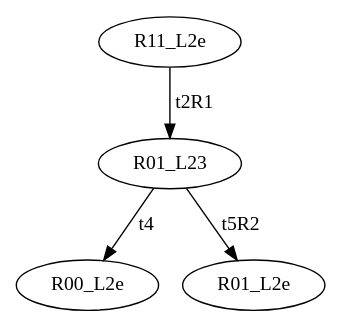
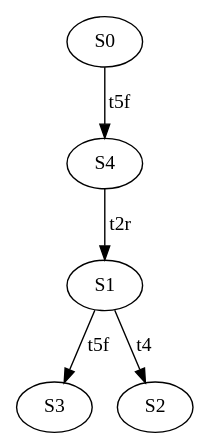
Before and after one commit to Stefano-BS/Explanatory-Diagnosis: the diagram in debug/6_SC.dot, drawn with Graphviz. The commit also changed 40 other files, not shown here.

```diff
--- a/debug/6_SC.dot
+++ b/debug/6_SC.dot
@@ -1,9 +1,11 @@
 digraph "SCdebug/6" {
-node [fillcolor="#FFFFFF"]; R11_L2e ;
-node [fillcolor="#FFFFFF"]; R01_L23 ;
-node [fillcolor="#FFFFFF"]; R00_L2e ;
-node [fillcolor="#FFFFFF"]; R01_L2e ;
-R11_L2e -> R01_L23 [label=t2R1]
-R01_L23 -> R00_L2e [label=t4]
-R01_L23 -> R01_L2e [label=t5R2]
+node [fillcolor="#FFFFFF"]; S0 ;
+node [fillcolor="#FFFFFF"]; S3 ;
+node [fillcolor="#FFFFFF"]; S2 ;
+node [fillcolor="#FFFFFF"]; S1 ;
+node [fillcolor="#FFFFFF"]; S4 ;
+S0 -> S4 [label=t5f]
+S1 -> S2 [label=t4]
+S1 -> S3 [label=t5f]
+S4 -> S1 [label=t2r]
 }
```
